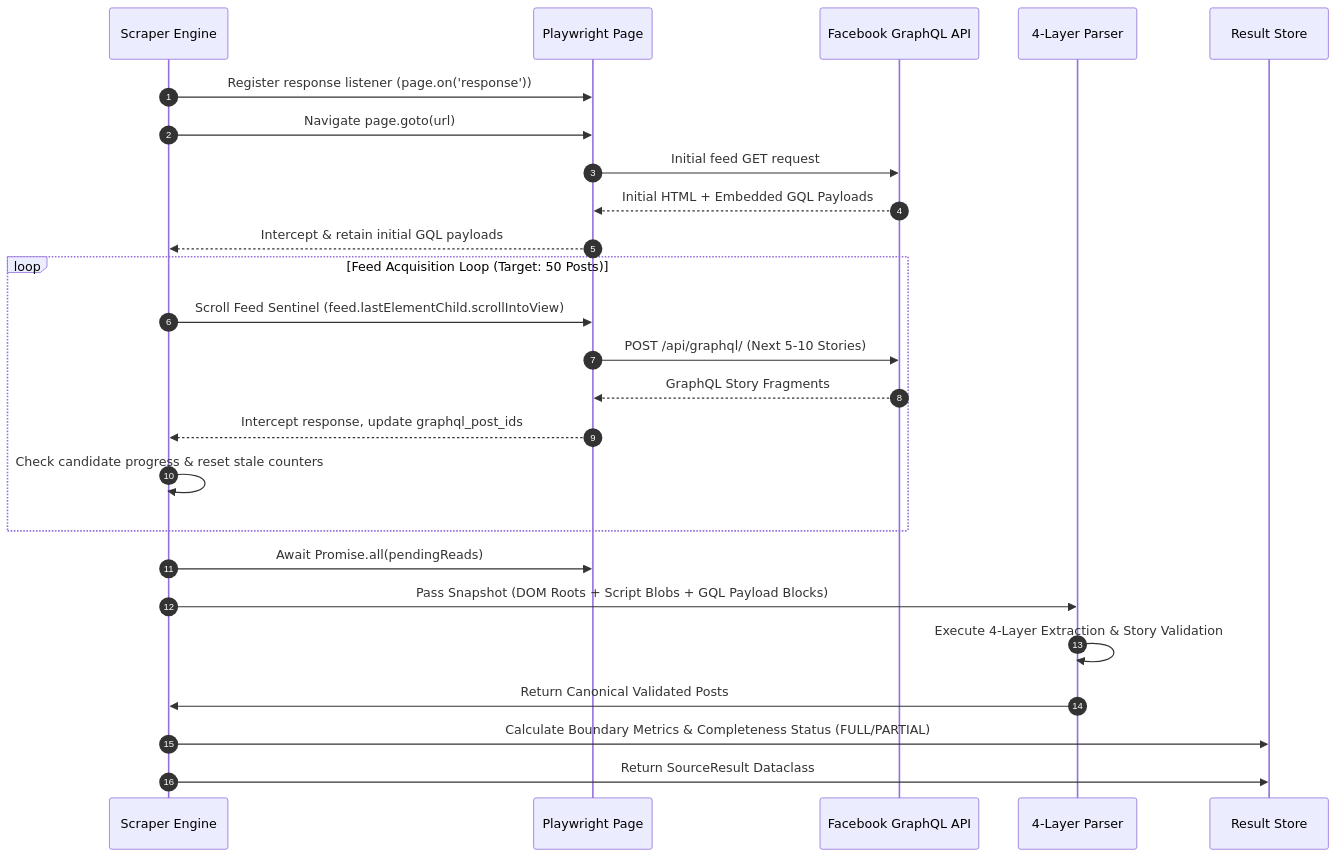
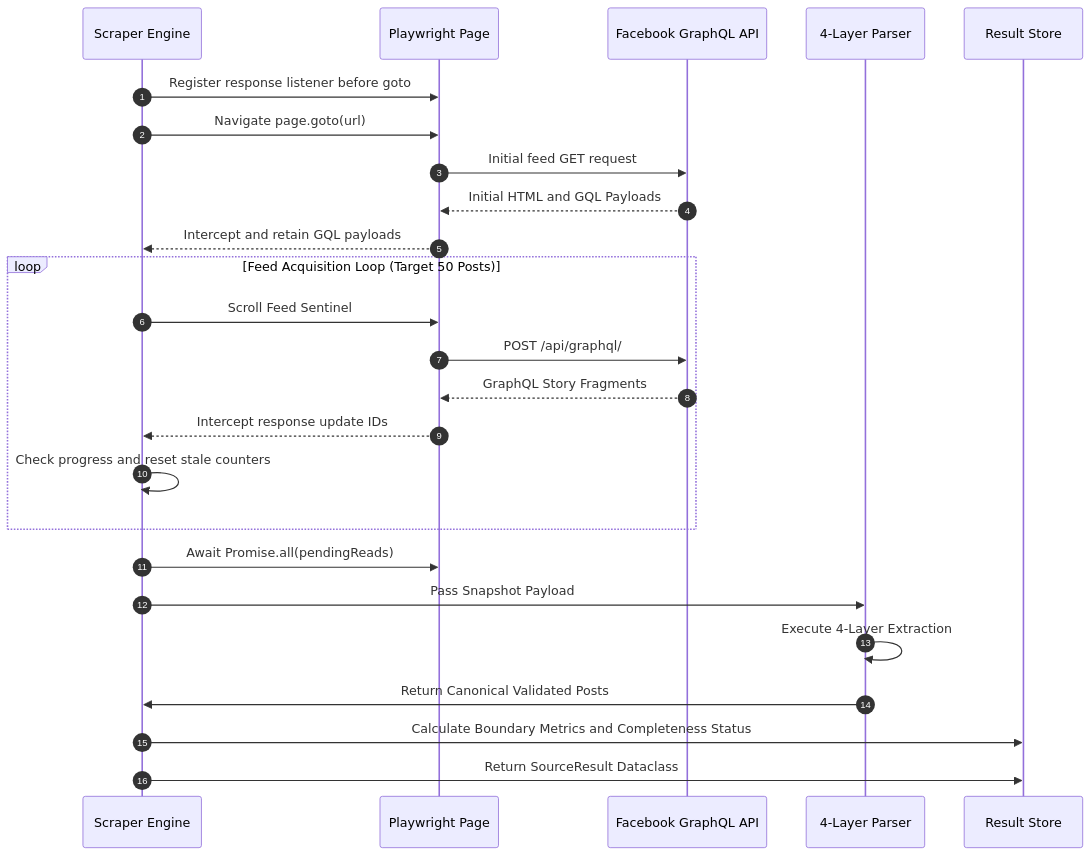
The second of 2 diagrams in development/reports/v1.5.3_kzsamir_enhanced.md (teampostharvest/postharvest), drawn with Mermaid before and after one commit. The commit also changed other lines of this file, not shown here.

Commit message:
docs(report): update Mermaid syntax for GitHub PR web rendering compatibility

````diff
--- a/development/reports/v1.5.3_kzsamir_enhanced.md
+++ b/development/reports/v1.5.3_kzsamir_enhanced.md
@@ -115,30 +115,30 @@
 ```mermaid
 sequenceDiagram
     autonumber
     participant Engine as Scraper Engine
     participant Browser as Playwright Page
     participant Net as Facebook GraphQL API
     participant Parser as 4-Layer Parser
     participant Store as Result Store
 
-    Engine->>Browser: Register response listener (page.on('response'))
+    Engine->>Browser: Register response listener before goto
     Engine->>Browser: Navigate page.goto(url)
     Browser->>Net: Initial feed GET request
-    Net-->>Browser: Initial HTML + Embedded GQL Payloads
-    Browser-->>Engine: Intercept & retain initial GQL payloads
+    Net-->>Browser: Initial HTML and GQL Payloads
+    Browser-->>Engine: Intercept and retain GQL payloads
 
-    loop Feed Acquisition Loop (Target: 50 Posts)
-        Engine->>Browser: Scroll Feed Sentinel (feed.lastElementChild.scrollIntoView)
-        Browser->>Net: POST /api/graphql/ (Next 5-10 Stories)
+    loop Feed Acquisition Loop (Target 50 Posts)
+        Engine->>Browser: Scroll Feed Sentinel
+        Browser->>Net: POST /api/graphql/
         Net-->>Browser: GraphQL Story Fragments
-        Browser-->>Engine: Intercept response, update graphql_post_ids
-        Engine->>Engine: Check candidate progress & reset stale counters
+        Browser-->>Engine: Intercept response update IDs
+        Engine->>Engine: Check progress and reset stale counters
     end
 
     Engine->>Browser: Await Promise.all(pendingReads)
-    Engine->>Parser: Pass Snapshot (DOM Roots + Script Blobs + GQL Payload Blocks)
-    Parser->>Parser: Execute 4-Layer Extraction & Story Validation
+    Engine->>Parser: Pass Snapshot Payload
+    Parser->>Parser: Execute 4-Layer Extraction
     Parser->>Engine: Return Canonical Validated Posts
-    Engine->>Store: Calculate Boundary Metrics & Completeness Status (FULL/PARTIAL)
+    Engine->>Store: Calculate Boundary Metrics and Completeness Status
     Engine->>Store: Return SourceResult Dataclass
 ```
````
